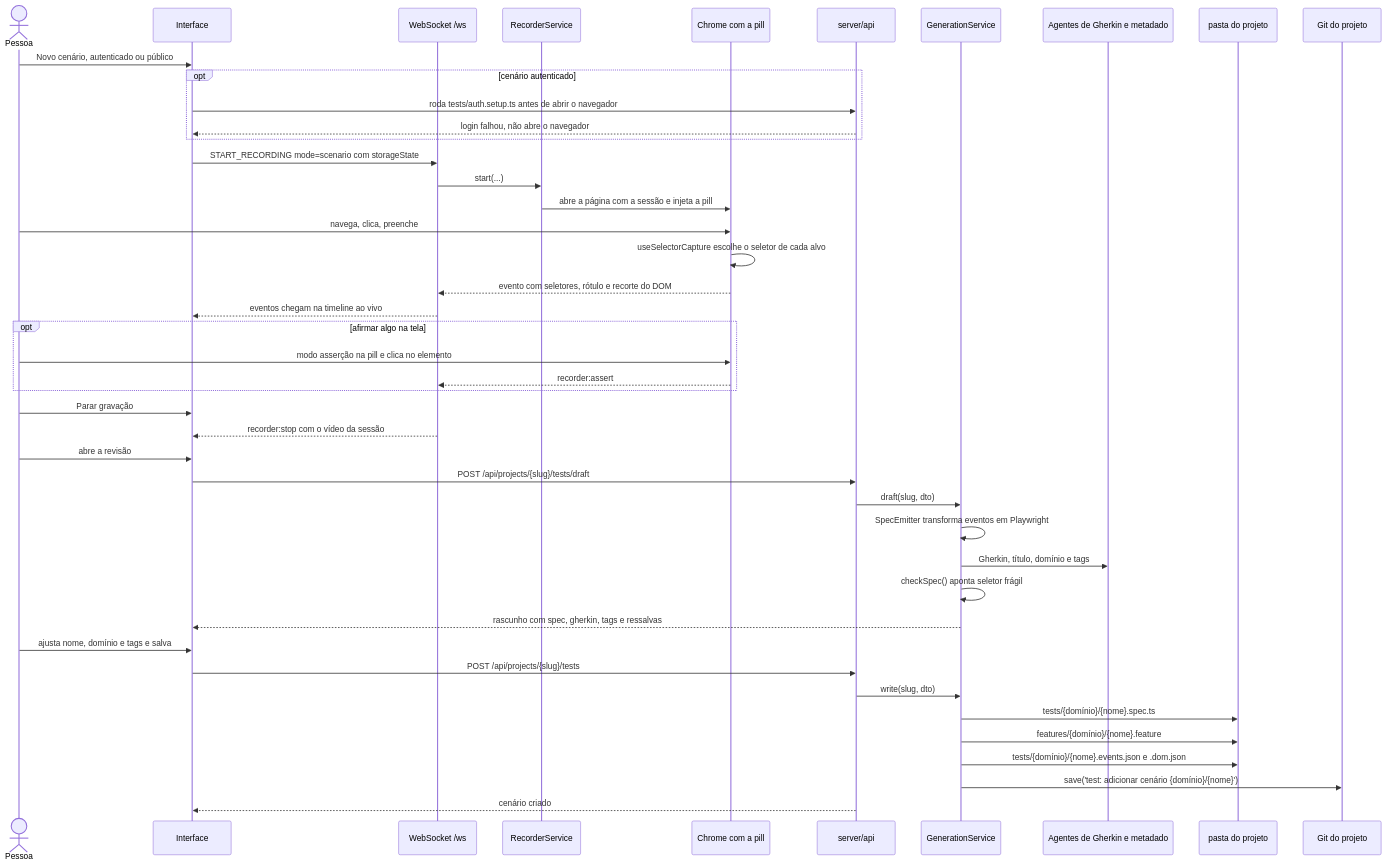
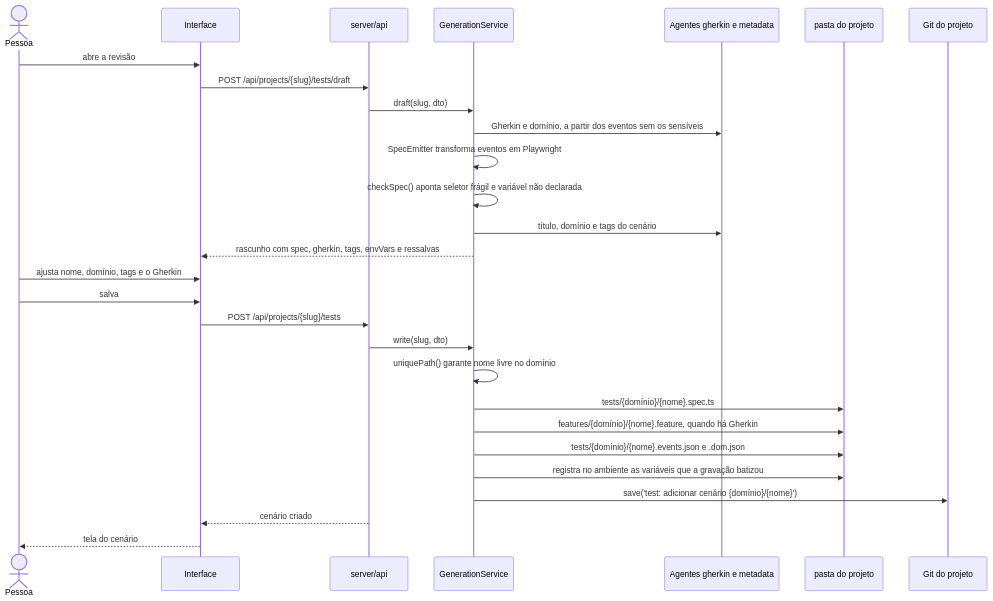
One commit to KauanCalheiro/acutis changed diagram 13 of 28 in docs/DIAGRAMS/SEQUENCE-DIAGRAMS.md. Above: the diagram before and after it, drawn with Mermaid. The commit also changed other lines of this file and 7 other files, not shown here.

````diff
--- a/docs/DIAGRAMS/SEQUENCE-DIAGRAMS.md
+++ b/docs/DIAGRAMS/SEQUENCE-DIAGRAMS.md
@@ -210,52 +484,32 @@
 ```mermaid
 sequenceDiagram
   actor Pessoa
   participant App as Interface
-  participant WS as WebSocket /ws
-  participant R as RecorderService
-  participant Nav as Chrome com a pill
   participant API as server/api
   participant GN as GenerationService
-  participant IA as Agentes de Gherkin e metadado
+  participant IA as Agentes gherkin e metadata
   participant FS as pasta do projeto
   participant Git as Git do projeto
-
-  Pessoa->>App: Novo cenário, autenticado ou público
-  opt cenário autenticado
-    App->>API: roda tests/auth.setup.ts antes de abrir o navegador
-    API-->>App: login falhou, não abre o navegador
-  end
-  App->>WS: START_RECORDING mode=scenario com storageState
-  WS->>R: start(...)
-  R->>Nav: abre a página com a sessão e injeta a pill
-
-  Pessoa->>Nav: navega, clica, preenche
-  Nav->>Nav: useSelectorCapture escolhe o seletor de cada alvo
-  Nav-->>WS: evento com seletores, rótulo e recorte do DOM
-  WS-->>App: eventos chegam na timeline ao vivo
-
-  opt afirmar algo na tela
-    Pessoa->>Nav: modo asserção na pill e clica no elemento
-    Nav-->>WS: recorder:assert
-  end
-
-  Pessoa->>App: Parar gravação
-  WS-->>App: recorder:stop com o vídeo da sessão
 
   Pessoa->>App: abre a revisão
   App->>API: POST /api/projects/{slug}/tests/draft
   API->>GN: draft(slug, dto)
+  GN->>IA: Gherkin e domínio, a partir dos eventos sem os sensíveis
   GN->>GN: SpecEmitter transforma eventos em Playwright
-  GN->>IA: Gherkin, título, domínio e tags
-  GN->>GN: checkSpec() aponta seletor frágil
-  GN-->>App: rascunho com spec, gherkin, tags e ressalvas
+  GN->>GN: checkSpec() aponta seletor frágil e variável não declarada
+  GN->>IA: título, domínio e tags do cenário
+  GN-->>App: rascunho com spec, gherkin, tags, envVars e ressalvas
 
-  Pessoa->>App: ajusta nome, domínio e tags e salva
+  Pessoa->>App: ajusta nome, domínio, tags e o Gherkin
+  Pessoa->>App: salva
   App->>API: POST /api/projects/{slug}/tests
   API->>GN: write(slug, dto)
+  GN->>GN: uniquePath() garante nome livre no domínio
   GN->>FS: tests/{domínio}/{nome}.spec.ts
-  GN->>FS: features/{domínio}/{nome}.feature
+  GN->>FS: features/{domínio}/{nome}.feature, quando há Gherkin
   GN->>FS: tests/{domínio}/{nome}.events.json e .dom.json
+  GN->>FS: registra no ambiente as variáveis que a gravação batizou
   GN->>Git: save('test: adicionar cenário {domínio}/{nome}')
   API-->>App: cenário criado
+  App-->>Pessoa: tela do cenário
 ```
````
